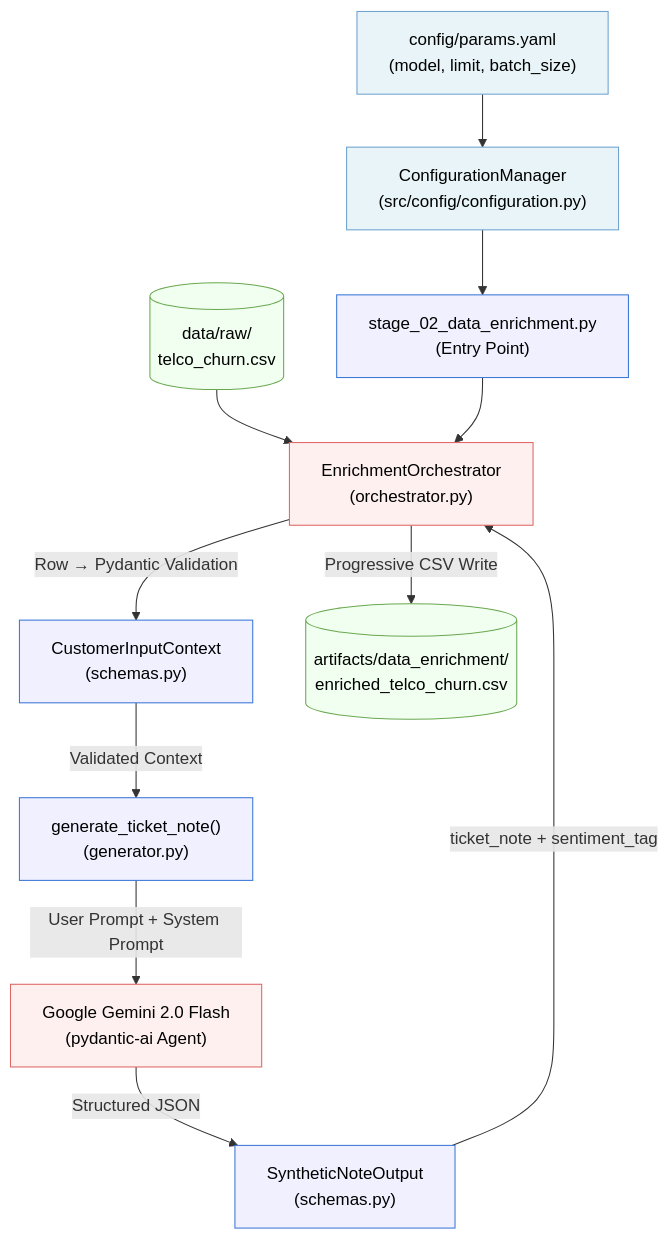
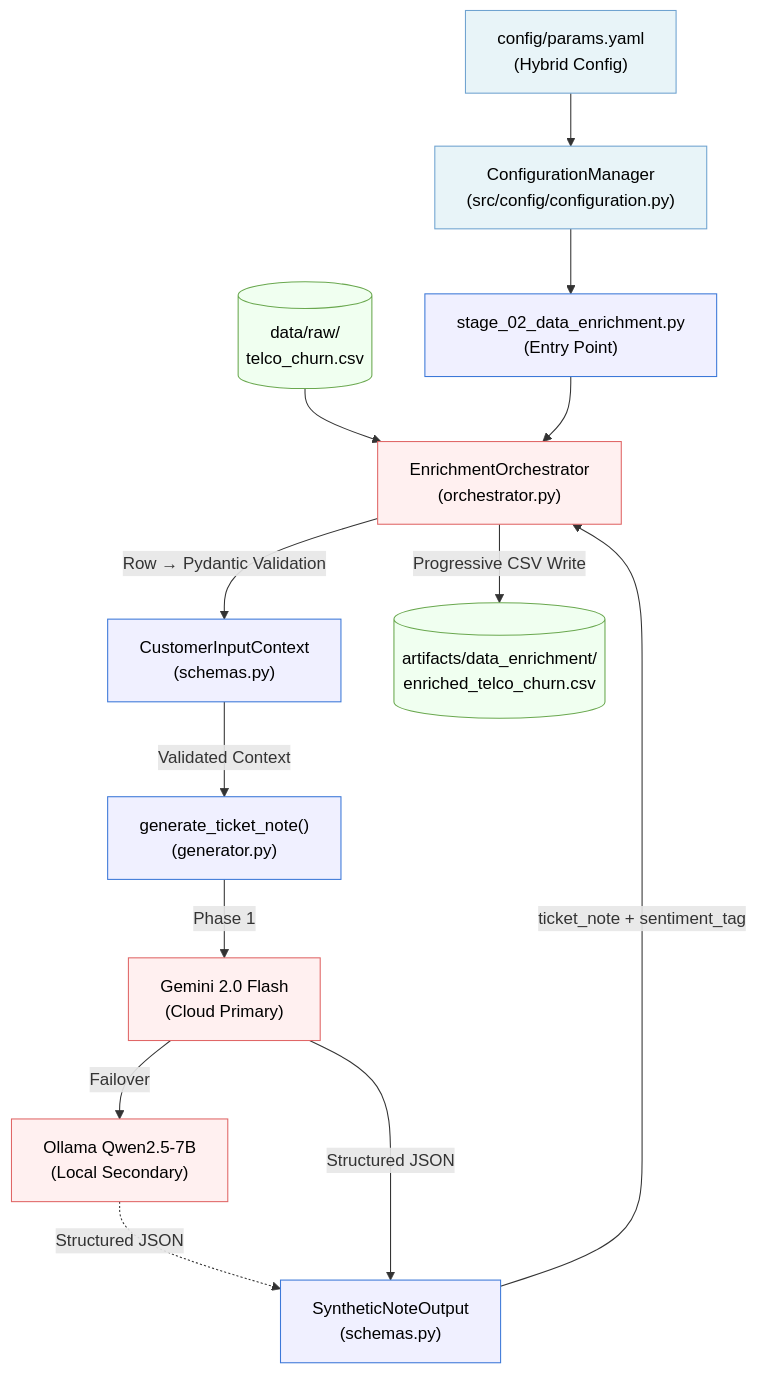
The diagram in reports/docs/architecture/data_enrichment.md (SebastianGarrido2790/ai-ml-telecom-customer-churn), drawn with Mermaid before and after one commit. The commit also changed other lines of this file and 35 other files, not shown here.

Commit message:
docs: update architecture, dvc pipeline, and executive summary with validation artifacts

````diff
--- a/reports/docs/architecture/data_enrichment.md
+++ b/reports/docs/architecture/data_enrichment.md
@@ -49,28 +46,31 @@
 ```mermaid
 flowchart TD
     classDef config fill:#e8f4f8,stroke:#6fa3d0,color:#000;
     classDef brain fill:#fff0f0,stroke:#e06666,color:#000;
     classDef brawn fill:#f0f0ff,stroke:#3c78d8,color:#000;
     classDef data fill:#f0fff0,stroke:#6aa84f,color:#000;
 
-    ParamsYAML["config/params.yaml\n(model, limit, batch_size)"]:::config
+    ParamsYAML["config/params.yaml\n(Hybrid Config)"]:::config
     ConfigMgr["ConfigurationManager\n(src/config/configuration.py)"]:::config
     RawCSV[("data/raw/\ntelco_churn.csv")]:::data
     Stage2["stage_02_data_enrichment.py\n(Entry Point)"]:::brawn
     Orch["EnrichmentOrchestrator\n(orchestrator.py)"]:::brain
     Schema["CustomerInputContext\n(schemas.py)"]:::brawn
     Gen["generate_ticket_note()\n(generator.py)"]:::brawn
-    GeminiAPI["Google Gemini 2.0 Flash\n(pydantic-ai Agent)"]:::brain
+    PrimaryLLM["Gemini 2.0 Flash\n(Cloud Primary)"]:::brain
+    SecondaryLLM["Ollama Qwen2.5-7B\n(Local Secondary)"]:::brain
     OutputSchema["SyntheticNoteOutput\n(schemas.py)"]:::brawn
     EnrichedCSV[("artifacts/data_enrichment/\nenriched_telco_churn.csv")]:::data
 
     ParamsYAML --> ConfigMgr --> Stage2
     RawCSV --> Orch
     Stage2 --> Orch
     Orch -->|"Row → Pydantic Validation"| Schema
     Schema -->|"Validated Context"| Gen
-    Gen -->|"User Prompt + System Prompt"| GeminiAPI
-    GeminiAPI -->|"Structured JSON"| OutputSchema
+    Gen -->|"Phase 1"| PrimaryLLM
+    PrimaryLLM -->|"Failover"| SecondaryLLM
+    SecondaryLLM -.->|"Structured JSON"| OutputSchema
+    PrimaryLLM -->|"Structured JSON"| OutputSchema
     OutputSchema -->|"ticket_note + sentiment_tag"| Orch
     Orch -->|"Progressive CSV Write"| EnrichedCSV
 ```
````
